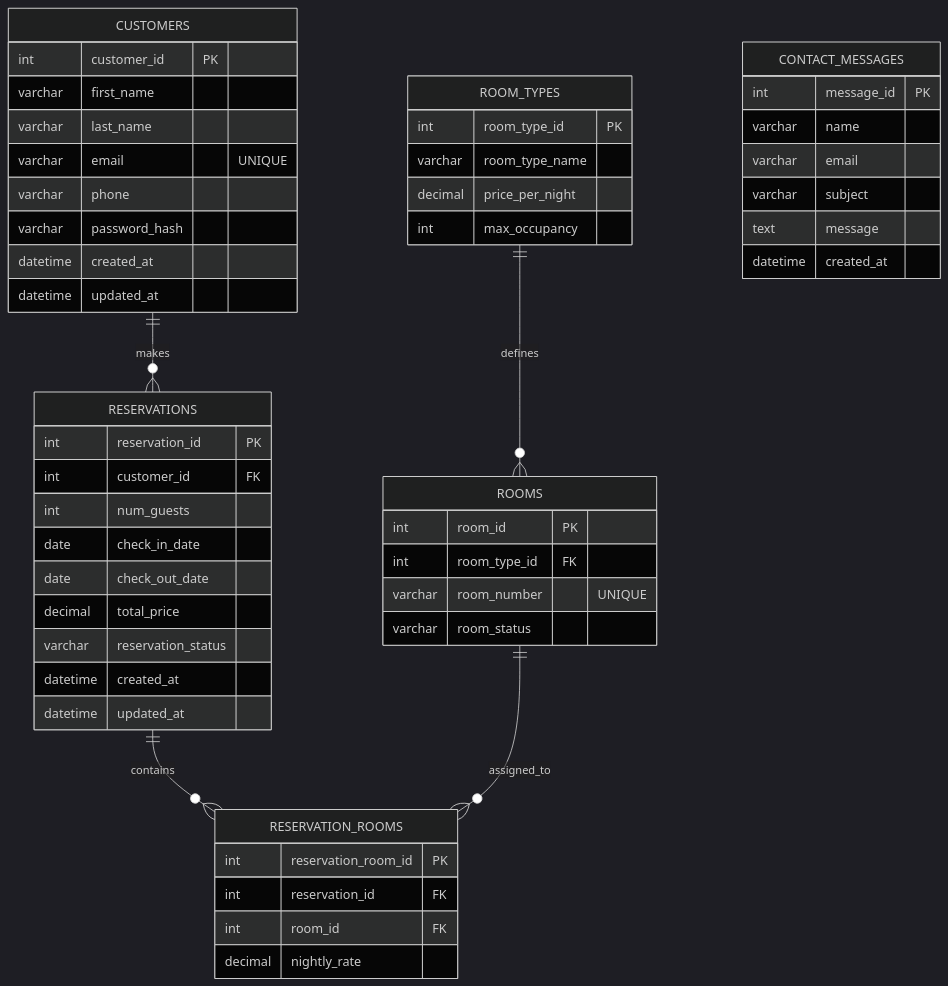
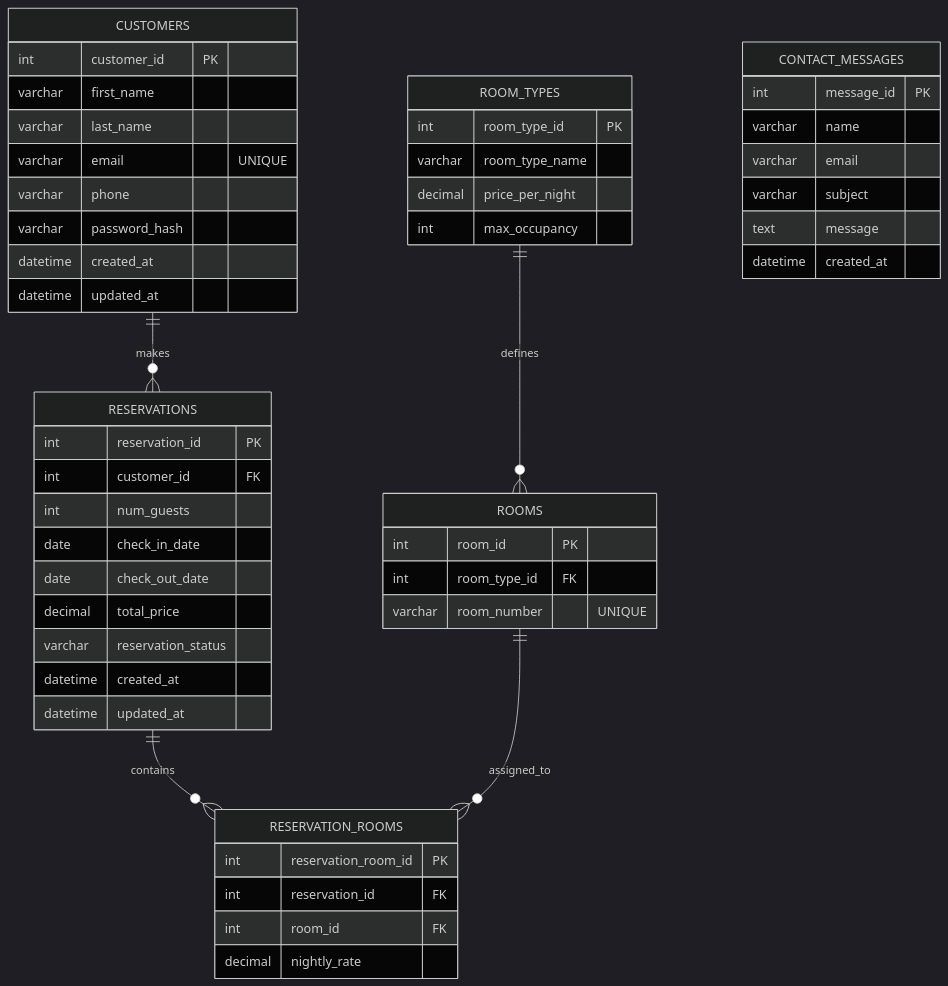
One commit to Hydroplane72/Moffat-Bay changed the diagram in Technical Design Documentation/ERD.md. Above: the diagram before and after it, drawn with Mermaid (dark theme). The commit also changed other lines of this file, not shown here.

Commit message:
Remove room_status column from Rooms table in ERD

````diff
--- a/Technical Design Documentation/ERD.md
+++ b/Technical Design Documentation/ERD.md
@@ -3,60 +3,59 @@
 ```mermaid
 erDiagram
     CUSTOMERS ||--o{ RESERVATIONS : makes
     ROOM_TYPES ||--o{ ROOMS : defines
     RESERVATIONS ||--o{ RESERVATION_ROOMS : contains
     ROOMS ||--o{ RESERVATION_ROOMS : assigned_to
 
     CUSTOMERS {
         int customer_id PK
         varchar first_name
         varchar last_name
         varchar email "UNIQUE"
         varchar phone
         varchar password_hash
         datetime created_at
         datetime updated_at
     }
 
     RESERVATIONS {
         int reservation_id PK
         int customer_id FK
         int num_guests
         date check_in_date
         date check_out_date
         decimal total_price
         varchar reservation_status
         datetime created_at
         datetime updated_at
     }
 
     RESERVATION_ROOMS {
         int reservation_room_id PK
         int reservation_id FK
         int room_id FK
         decimal nightly_rate
     }
 
     ROOMS {
         int room_id PK
         int room_type_id FK
         varchar room_number "UNIQUE"
-        varchar room_status
     }
 
     ROOM_TYPES {
         int room_type_id PK
         varchar room_type_name
         decimal price_per_night
         int max_occupancy
     }
 
     CONTACT_MESSAGES {
             int message_id PK
             varchar name
             varchar email
             varchar subject
             text message
             datetime created_at
         }
 ```
````
